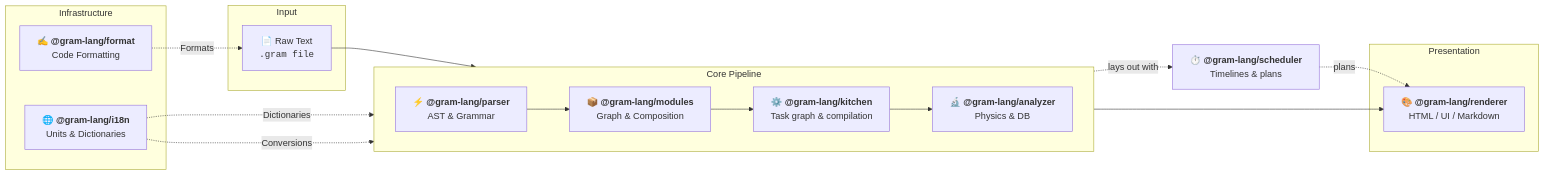
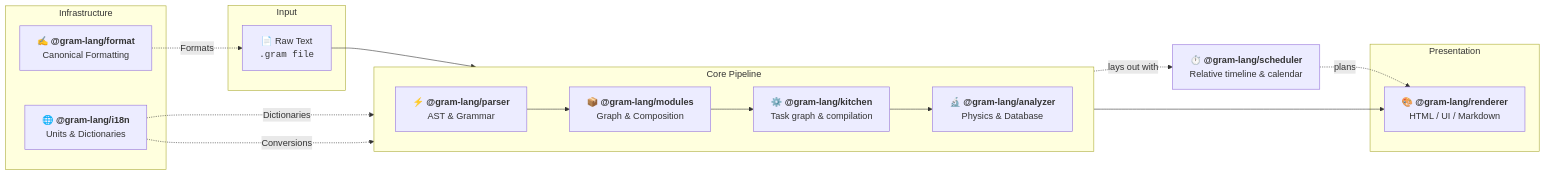
The diagram in packages/docs/src/content/docs/docs/explanation/engine/lifecycle.mdx (gram-lang/gram), drawn with Mermaid before and after one commit. The commit also changed other lines of this file and 126 other files, not shown here.

````diff
--- a/packages/docs/src/content/docs/docs/explanation/engine/lifecycle.mdx
+++ b/packages/docs/src/content/docs/docs/explanation/engine/lifecycle.mdx
@@ -62,35 +66,35 @@
 ```mermaid
 flowchart LR
     subgraph Input ["Input"]
         Raw["📄 Raw Text<br/><code>.gram file</code>"]
     end
 
     subgraph Pipeline ["Core Pipeline"]
         direction LR
         Parser["⚡ <b>@gram-lang/parser</b><br/>AST & Grammar"]
         Modules["📦 <b>@gram-lang/modules</b><br/>Graph & Composition"]
         Kitchen["⚙️ <b>@gram-lang/kitchen</b><br/>Task graph & compilation"]
-        Analyzer["🔬 <b>@gram-lang/analyzer</b><br/>Physics & DB"]
+        Analyzer["🔬 <b>@gram-lang/analyzer</b><br/>Physics & Database"]
 
         Parser --> Modules --> Kitchen --> Analyzer
     end
 
-    Scheduler["⏱️ <b>@gram-lang/scheduler</b><br/>Timelines & plans"]
+    Scheduler["⏱️ <b>@gram-lang/scheduler</b><br/>Relative timeline & calendar"]
     Kitchen -. lays out with .-> Scheduler
 
     subgraph Output ["Presentation"]
         Renderer["🎨 <b>@gram-lang/renderer</b><br/>HTML / UI / Markdown"]
     end
 
     subgraph Infra ["Infrastructure"]
-        Format["✍️ <b>@gram-lang/format</b><br/>Code Formatting"]
+        Format["✍️ <b>@gram-lang/format</b><br/>Canonical Formatting"]
         I18n["🌐 <b>@gram-lang/i18n</b><br/>Units & Dictionaries"]
     end
 
     Raw --> Parser
     Analyzer --> Renderer
     Scheduler -. plans .-> Renderer
     Format -. Formats .-> Raw
     I18n -. Dictionaries .-> Kitchen
     I18n -. Conversions .-> Analyzer
 ```
````
